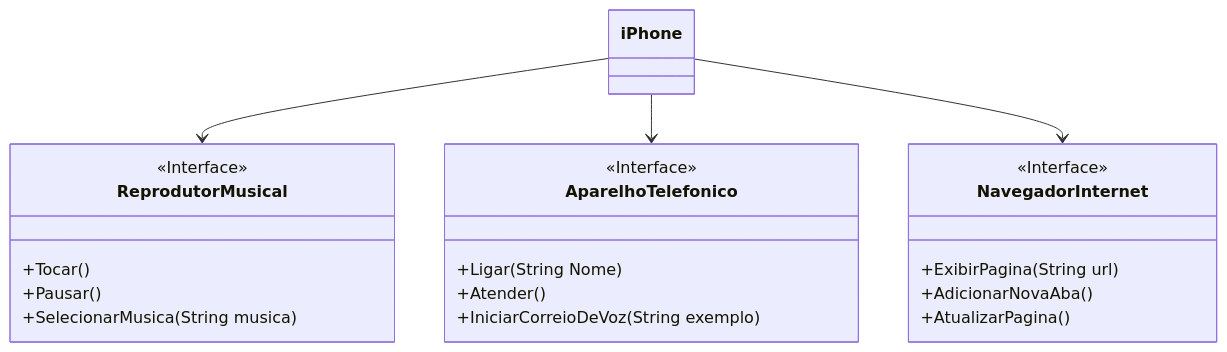
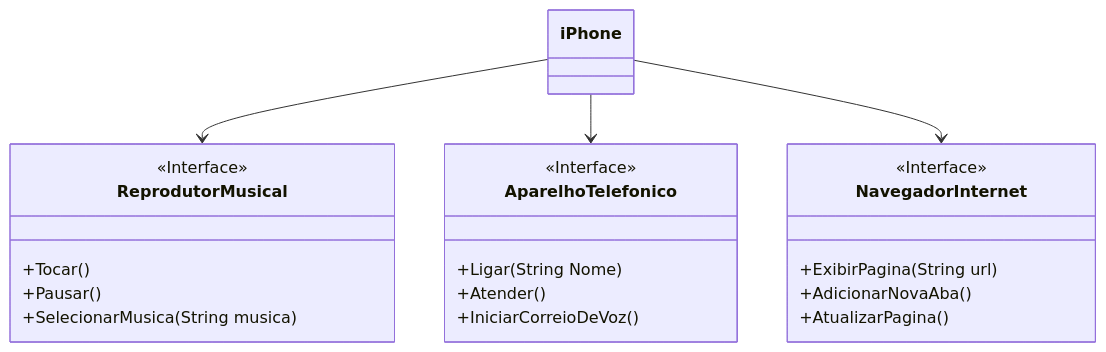
Before and after one commit to Gabrielphpr/DIO-trilha-java_POO-desafio: the diagram in README.md, drawn with Mermaid.

````diff
--- a/README.md
+++ b/README.md
@@ -5,30 +5,30 @@
 ```mermaid
 classDiagram
     class ReprodutorMusical {
         <<Interface>>
         +Tocar()
         +Pausar()
         +SelecionarMusica(String musica)
     }
 
     class AparelhoTelefonico {
         <<Interface>>
         +Ligar(String Nome)
         +Atender()
-        +IniciarCorreioDeVoz(String exemplo)
+        +IniciarCorreioDeVoz()
     }
 
     class NavegadorInternet {
         <<Interface>>
         +ExibirPagina(String url)
         +AdicionarNovaAba()
         +AtualizarPagina()
     }
 
     class iPhone {
     }
 
     iPhone --> ReprodutorMusical
     iPhone --> AparelhoTelefonico
     iPhone --> NavegadorInternet
 ```
````
